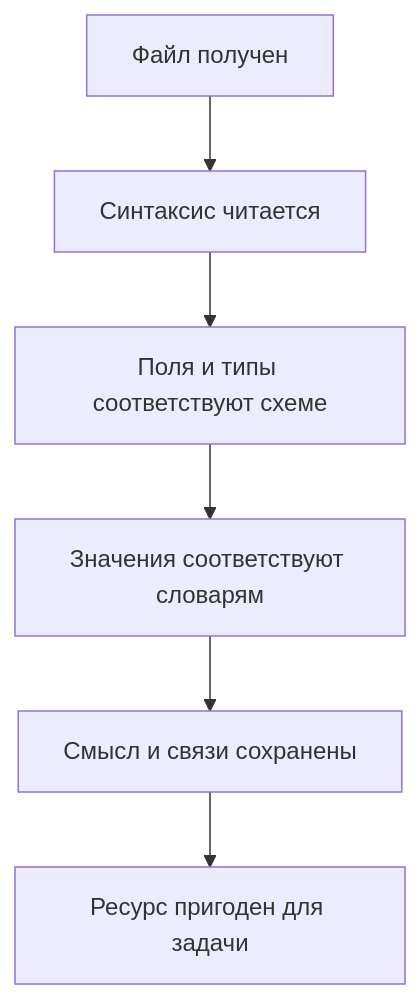
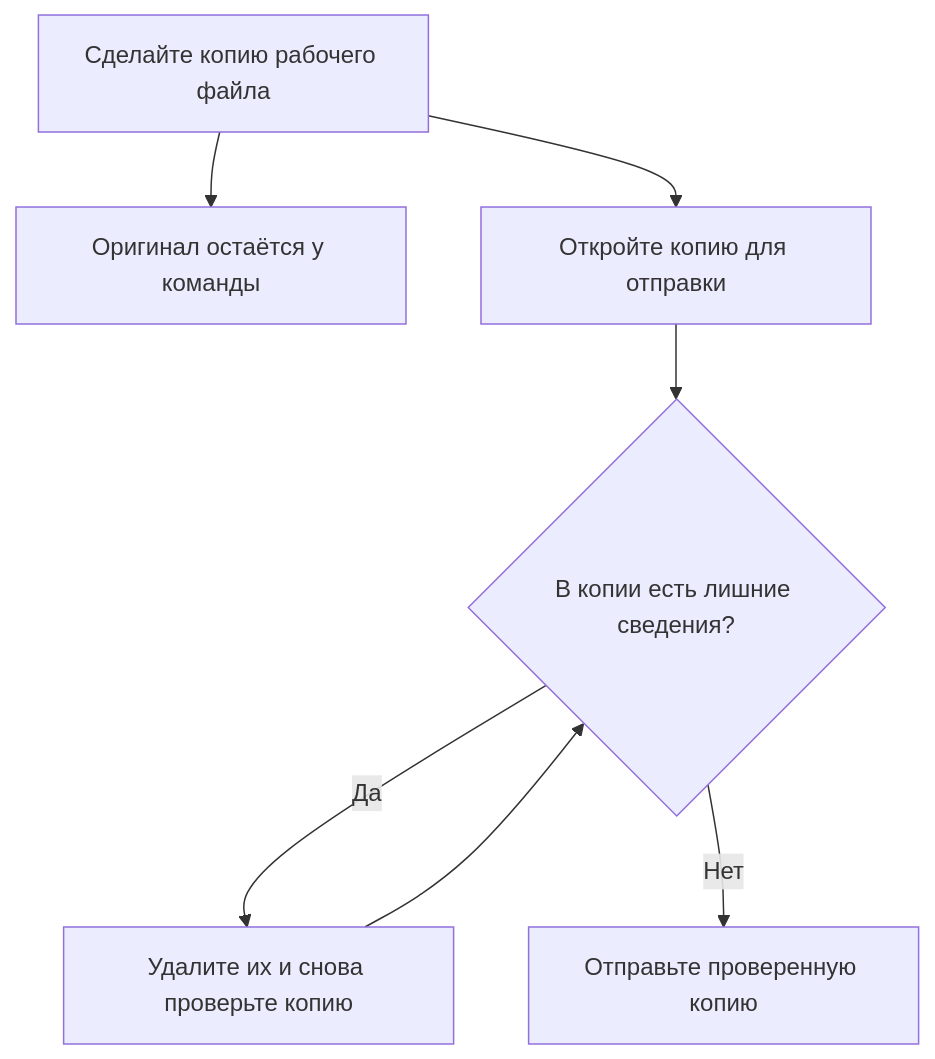
The first of 2 diagrams in Лекция 2.2 — Метаданные.md (DanilChyksin/OP.09_Osnovy_raboty_s_informatsiei), drawn with Mermaid before and after one commit. The commit also changed other lines of this file and 5 other files, not shown here.

````diff
--- a/Лекция 2.2 — Метаданные.md
+++ b/Лекция 2.2 — Метаданные.md
@@ -293,8 +117,10 @@
 ```mermaid
 flowchart TD
-    A[Файл получен] --> B[Синтаксис читается]
-    B --> C[Поля и типы соответствуют схеме]
-    C --> D[Значения соответствуют словарям]
-    D --> E[Смысл и связи сохранены]
-    E --> F[Ресурс пригоден для задачи]
+    A["Сделайте копию рабочего файла"]
+    A --> B["Оригинал остаётся у команды"]
+    A --> C["Откройте копию для отправки"]
+    C --> D{"В копии есть лишние сведения?"}
+    D -->|Да| E["Удалите их и снова проверьте копию"]
+    E --> D
+    D -->|Нет| F["Отправьте проверенную копию"]
 ```
````
